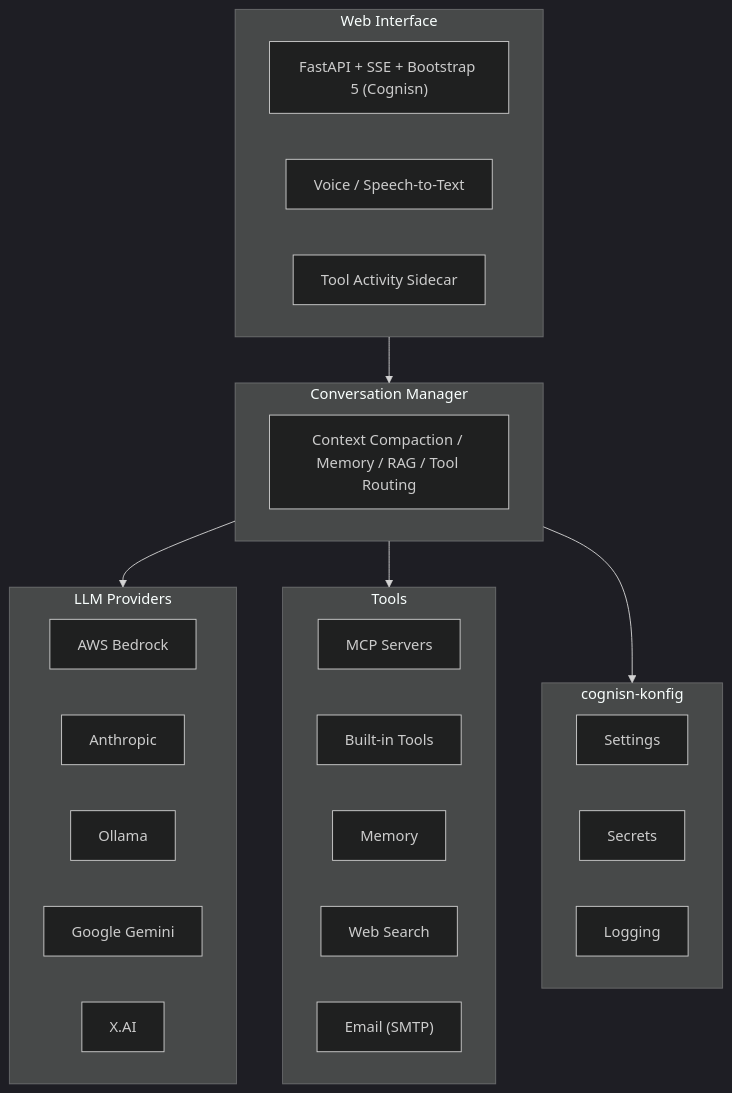
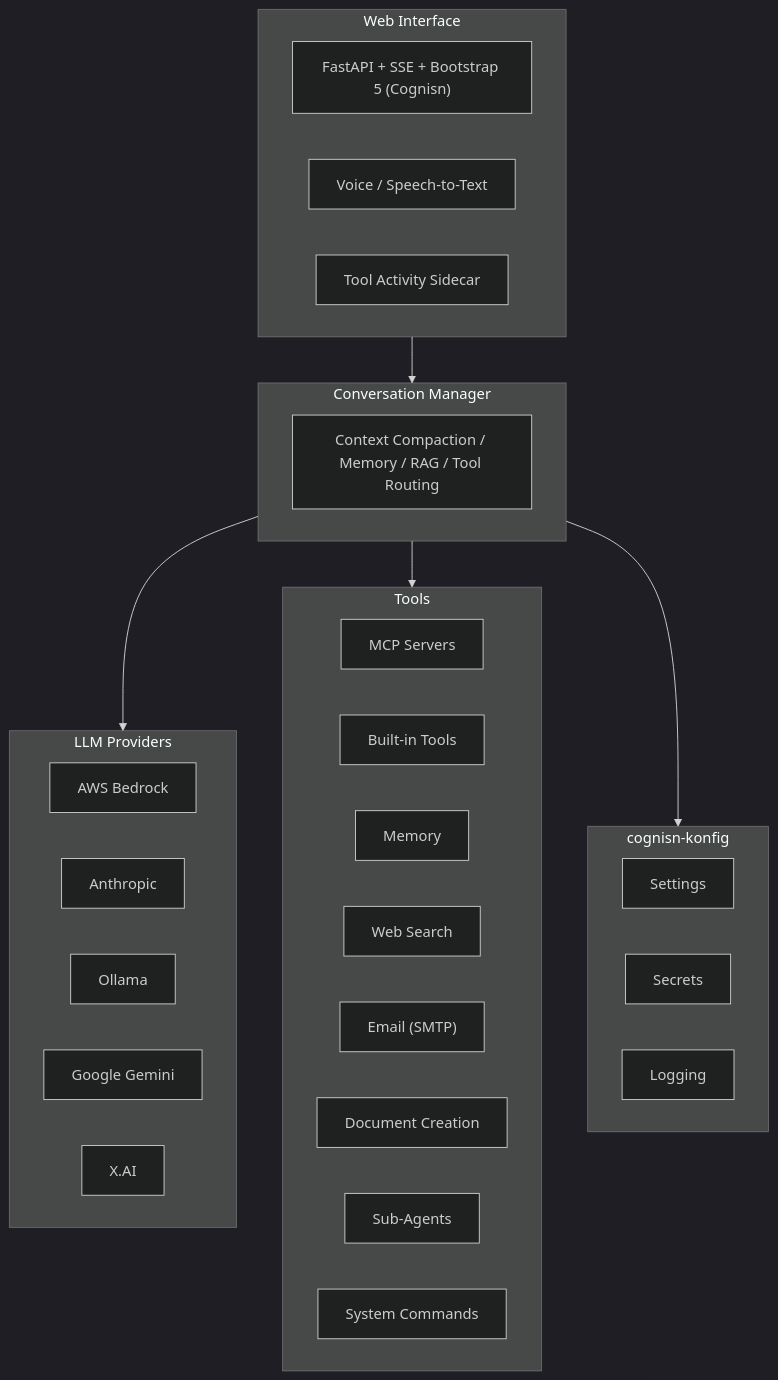
One commit to Cognisn/spark changed the diagram in README.md. Above: the diagram before and after it, drawn with Mermaid (dark theme). The commit also changed other lines of this file and 4 other files, not shown here.

````diff
--- a/README.md
+++ b/README.md
@@ -117,39 +121,42 @@
 ```mermaid
 graph TB
     subgraph UI ["Web Interface"]
         FE["FastAPI + SSE + Bootstrap 5 (Cognisn)"]
         Voice["Voice / Speech-to-Text"]
         Sidecar["Tool Activity Sidecar"]
     end
 
     subgraph Core ["Conversation Manager"]
         CM["Context Compaction / Memory / RAG / Tool Routing"]
     end
 
     subgraph Providers ["LLM Providers"]
         Bedrock["AWS Bedrock"]
         Anthropic["Anthropic"]
         Ollama["Ollama"]
         Gemini["Google Gemini"]
         XAI["X.AI"]
     end
 
     subgraph Tools ["Tools"]
         MCP["MCP Servers"]
         Builtin["Built-in Tools"]
         Memory["Memory"]
         WebSearch["Web Search"]
         EmailTool["Email (SMTP)"]
+        DocCreate["Document Creation"]
+        Agents["Sub-Agents"]
+        SysCmd["System Commands"]
     end
 
     subgraph Foundation ["cognisn-konfig"]
         Settings["Settings"]
         Secrets["Secrets"]
         Logging["Logging"]
     end
 
     UI --> Core
     Core --> Providers
     Core --> Tools
     Core --> Foundation
 ```
````
